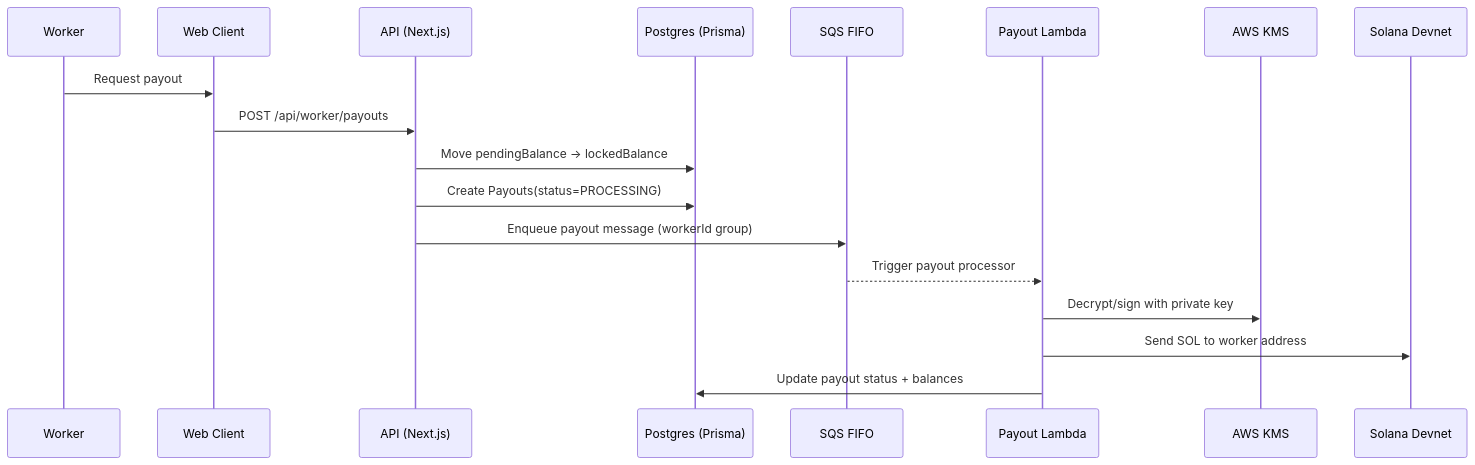
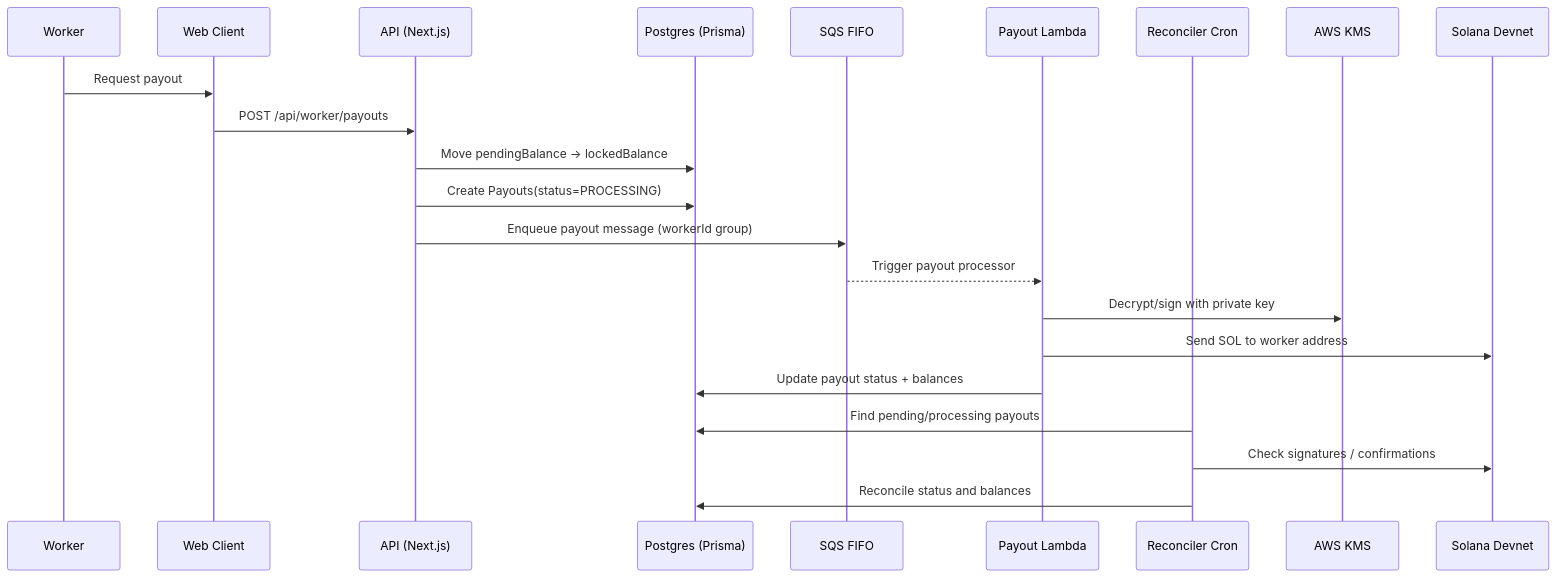
One commit to samar-58/crowdmint changed the second of 2 diagrams in README.md. Above: the diagram before and after it, drawn with Mermaid. The commit also changed other lines of this file, not shown here.

````diff
--- a/README.md
+++ b/README.md
@@ -51,21 +51,25 @@
 ```mermaid
 sequenceDiagram
     participant Worker as Worker
     participant WebClient as Web Client
     participant API as API (Next.js)
     participant DB as Postgres (Prisma)
     participant SQS as SQS FIFO
     participant Lambda as Payout Lambda
+    participant Cron as Reconciler Cron
     participant KMS as AWS KMS
     participant Solana as Solana Devnet
 
     Worker->>WebClient: Request payout
     WebClient->>API: POST /api/worker/payouts
     API->>DB: Move pendingBalance -> lockedBalance
     API->>DB: Create Payouts(status=PROCESSING)
     API->>SQS: Enqueue payout message (workerId group)
     SQS-->>Lambda: Trigger payout processor
     Lambda->>KMS: Decrypt/sign with private key
     Lambda->>Solana: Send SOL to worker address
     Lambda->>DB: Update payout status + balances
+    Cron->>DB: Find pending/processing payouts
+    Cron->>Solana: Check signatures / confirmations
+    Cron->>DB: Reconcile status and balances
 ```
````
